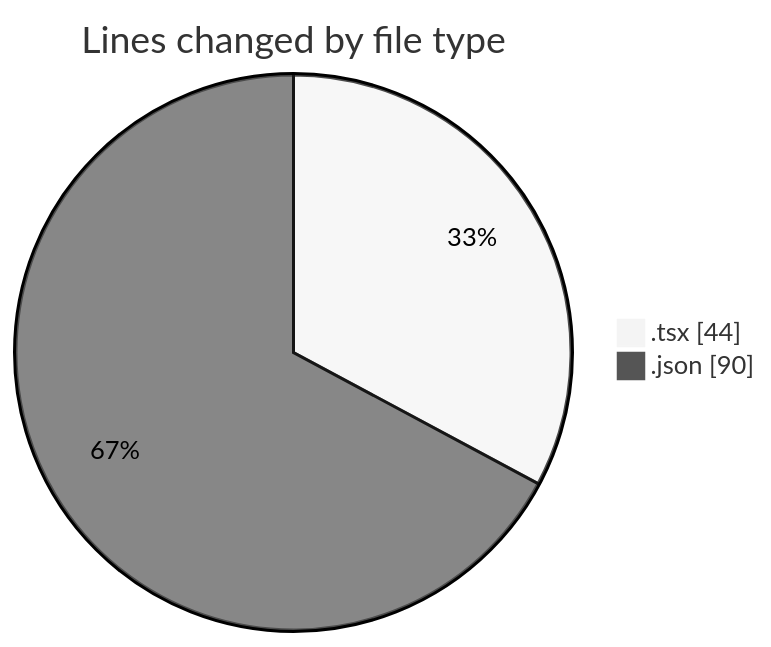
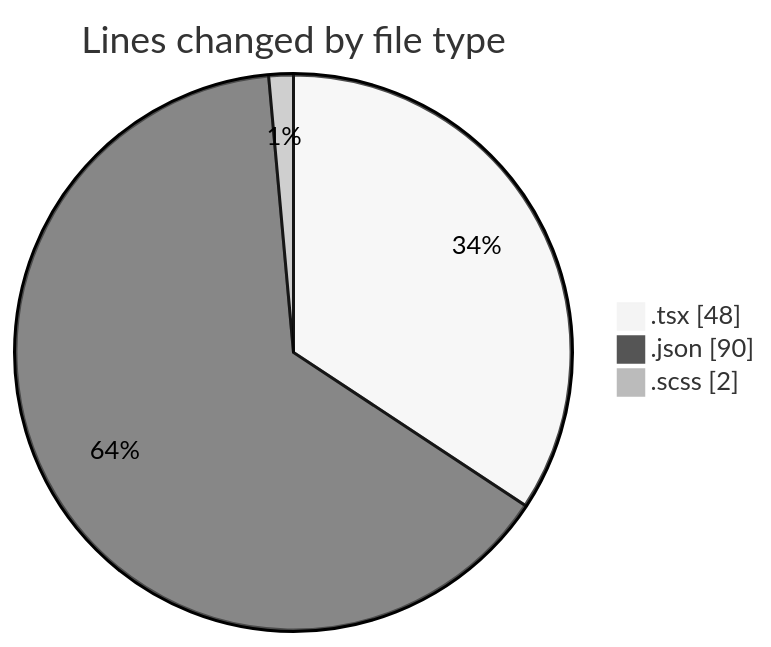
The first of 2 diagrams in 2026-05-13/cda/README.md (momahboobian/code-tracking), drawn with Mermaid (neutral theme) before and after one commit. The commit also changed other lines of this file and 1 other file, not shown here.

````diff
--- a/2026-05-13/cda/README.md
+++ b/2026-05-13/cda/README.md
@@ -21,6 +22,7 @@
 ```mermaid
 pie showData
 title Lines changed by file type
-".tsx" : 44
+".tsx" : 48
 ".json" : 90
+".scss" : 2
 ```
````
